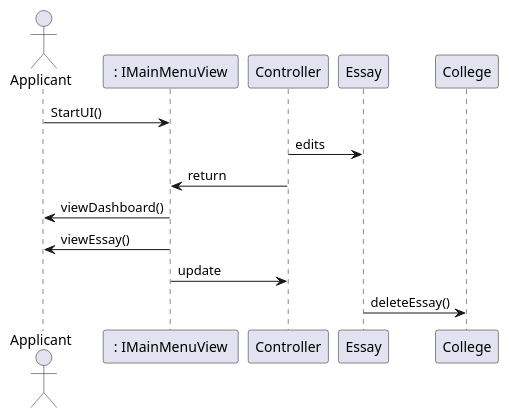
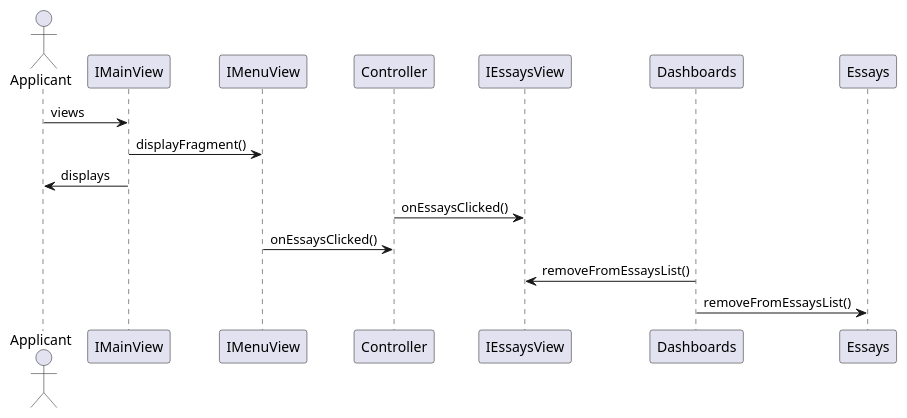
The fourth of 7 diagrams in intellij/doc/design.md (jlederer33/Essay-Review-App), drawn with PlantUML before and after one commit. The commit also changed other lines of this file, not shown here.

Commit message:
finished updating Sequence and class diagrams

````diff
--- a/intellij/doc/design.md
+++ b/intellij/doc/design.md
@@ -43,12 +53,11 @@
 ```plantuml
 actor Applicant as applicant
-participant " : IMainMenuView " as IMainMenuView
-applicant-> IMainMenuView : StartUI()
-Controller -> Essay : edits
-Controller -> IMainMenuView : return
-applicant <- IMainMenuView : viewDashboard()
-applicant <- IMainMenuView : viewEssay()
-IMainMenuView-> Controller : update
-Essay -> College : deleteEssay()
+applicant-> IMainView : views
+IMainView -> IMenuView : displayFragment()
+applicant <- IMainView : displays
+Controller -> IEssaysView : onEssaysClicked()
+Controller <- IMenuView : onEssaysClicked()
+IEssaysView <- Dashboards : removeFromEssaysList()
+Dashboards -> Essays : removeFromEssaysList()
 
 ```
````
